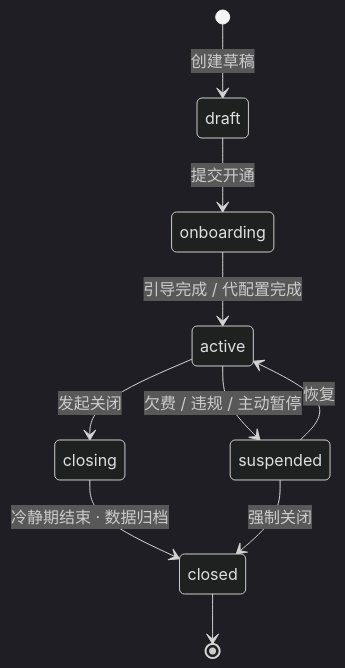
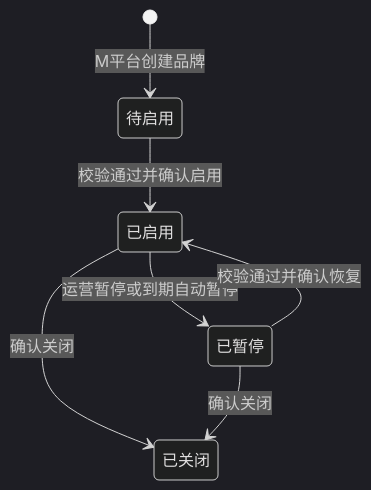
Before and after one commit to cflyindance/new-bp: the first of 2 diagrams in admin-web/docs/项目文档/M平台-入驻商户管理中心设计方案.md, drawn with Mermaid (dark theme). The commit also changed other lines of this file and 26 other files, not shown here.

````diff
--- a/admin-web/docs/项目文档/M平台-入驻商户管理中心设计方案.md
+++ b/admin-web/docs/项目文档/M平台-入驻商户管理中心设计方案.md
@@ -698,12 +832,9 @@
 ```mermaid
 stateDiagram-v2
-  [*] --> draft: 创建草稿
-  draft --> onboarding: 提交开通
-  onboarding --> active: 引导完成 / 代配置完成
-  active --> suspended: 欠费 / 违规 / 主动暂停
-  suspended --> active: 恢复
-  active --> closing: 发起关闭
-  closing --> closed: 冷静期结束 · 数据归档
-  suspended --> closed: 强制关闭
-  closed --> [*]
+  [*] --> 待启用: M平台创建品牌
+  待启用 --> 已启用: 校验通过并确认启用
+  已启用 --> 已暂停: 运营暂停或到期自动暂停
+  已暂停 --> 已启用: 校验通过并确认恢复
+  已启用 --> 已关闭: 确认关闭
+  已暂停 --> 已关闭: 确认关闭
 ```
````
